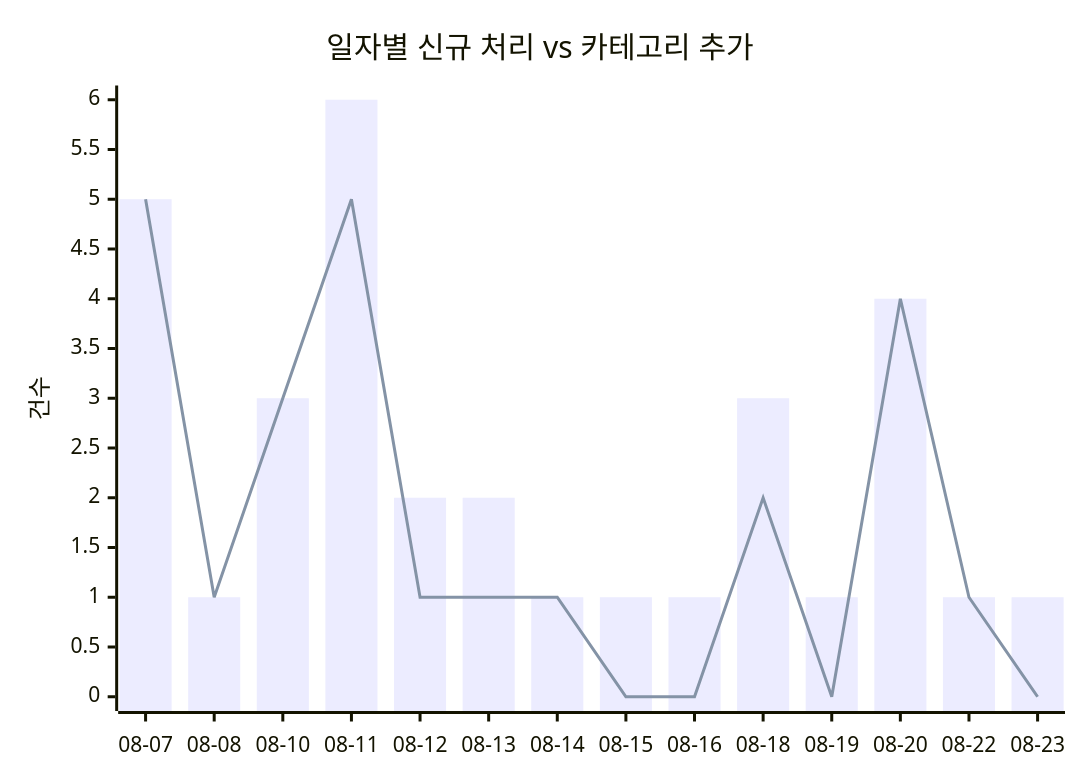
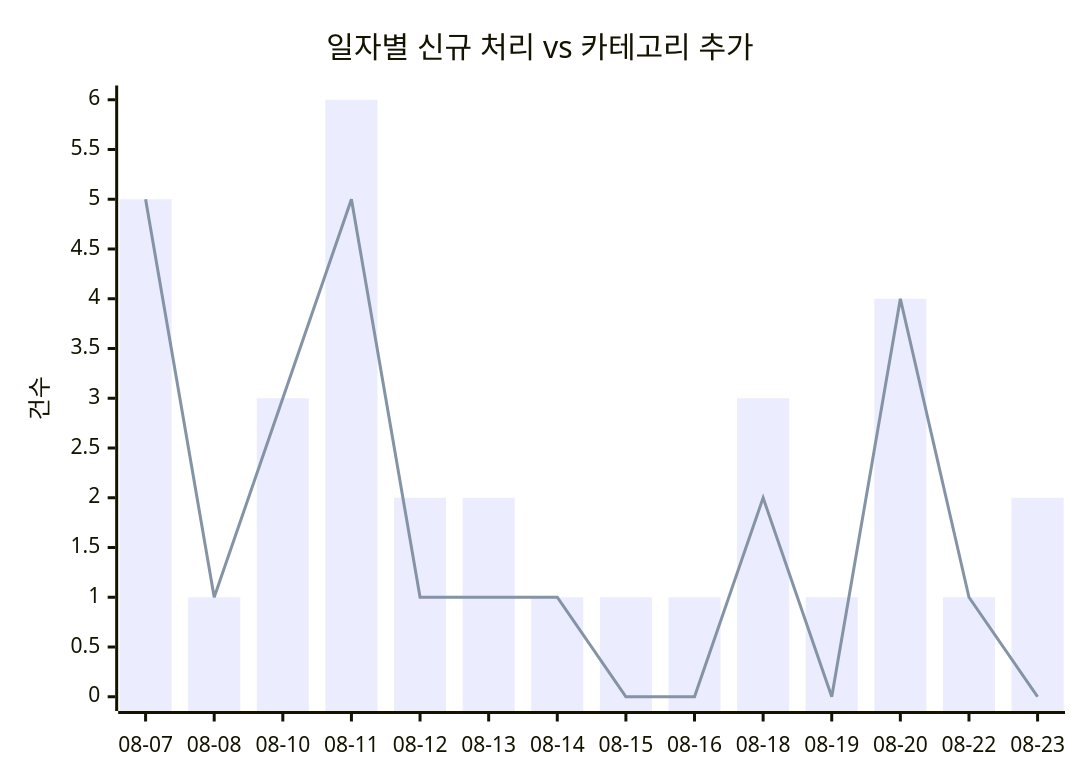
The first of 2 diagrams in docs/trends.md (J-nowcow/awesome-korean-agent-skills), drawn with Mermaid before and after one commit. The commit also changed other lines of this file and 2 other files, not shown here.

````diff
--- a/docs/trends.md
+++ b/docs/trends.md
@@ -32,8 +32,8 @@
 ```mermaid
 xychart-beta
     title "일자별 신규 처리 vs 카테고리 추가"
     x-axis ["08-07","08-08","08-10","08-11","08-12","08-13","08-14","08-15","08-16","08-18","08-19","08-20","08-22","08-23"]
     y-axis "건수"
-    bar [5,1,3,6,2,2,1,1,1,3,1,4,1,1]
+    bar [5,1,3,6,2,2,1,1,1,3,1,4,1,2]
     line [5,1,3,5,1,1,1,0,0,2,0,4,1,0]
 ```
````
